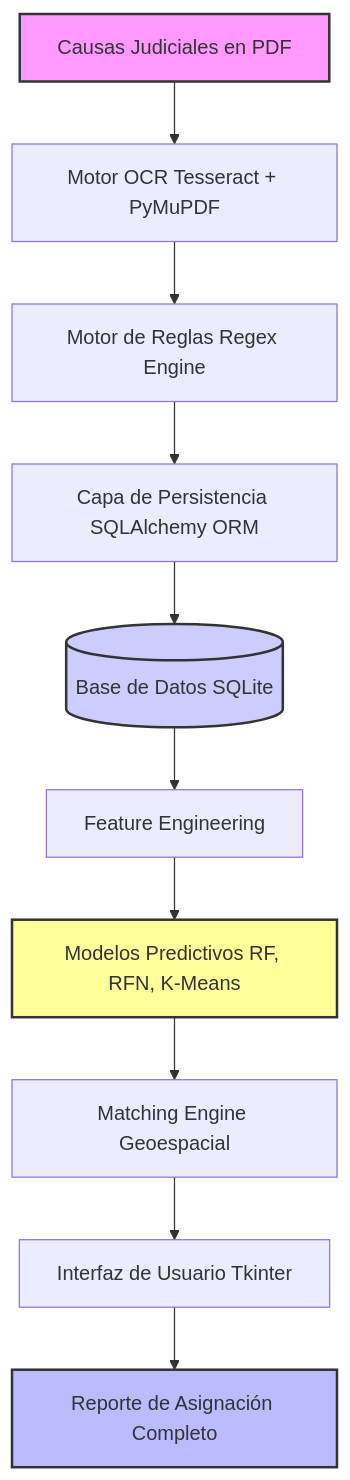
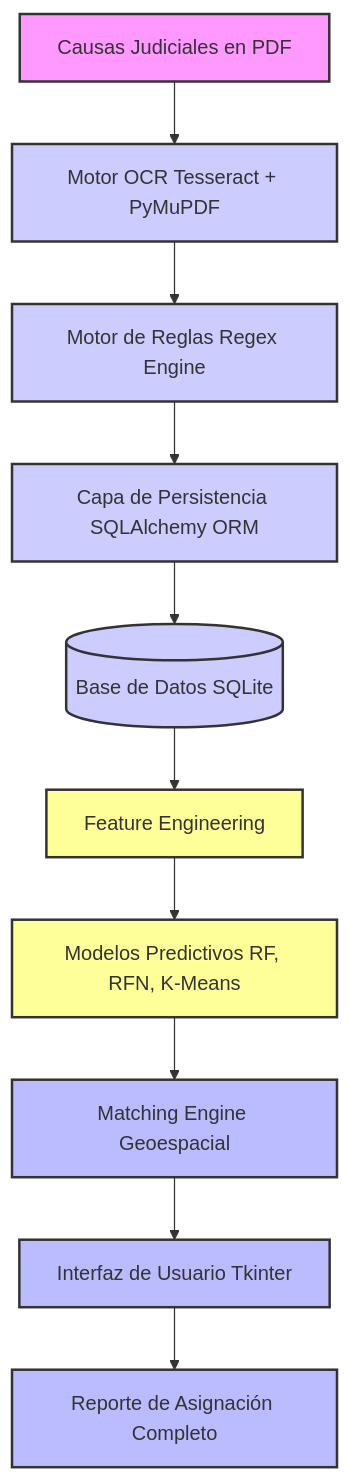
The diagram in README.md (Bastian-SotoM/legal-document-etl-pipeline), drawn with Mermaid before and after one commit.

````diff
--- a/README.md
+++ b/README.md
@@ -53,28 +53,34 @@
 ```mermaid
 graph TD
     PDF[Causas Judiciales en PDF]
     OCR[Motor OCR Tesseract + PyMuPDF]
     Regex[Motor de Reglas Regex Engine]
     ORM[Capa de Persistencia SQLAlchemy ORM]
     DB[(Base de Datos SQLite)]
     FE[Feature Engineering]
     ML[Modelos Predictivos RF, RFN, K-Means]
     Match[Matching Engine Geoespacial]
     App[Interfaz de Usuario Tkinter]
     Reporte[Reporte de Asignación Completo]
 
     PDF --> OCR
     OCR --> Regex
     Regex --> ORM
     ORM --> DB
     DB --> FE
     FE --> ML
     ML --> Match
     Match --> App
     App --> Reporte
 
-    style PDF fill:#f9f,stroke:#333,stroke-width:2px
-    style DB fill:#ccf,stroke:#333,stroke-width:2px
-    style ML fill:#ff9,stroke:#333,stroke-width:2px
-    style Reporte fill:#bbf,stroke:#333,stroke-width:2px
+%% Estilos
+    classDef fuente fill:#f9f,stroke:#333,stroke-width:2px;
+    classDef proceso fill:#ccf,stroke:#333,stroke-width:2px;
+    classDef analitica fill:#ff9,stroke:#333,stroke-width:2px;
+    classDef salida fill:#bbf,stroke:#333,stroke-width:2px;
+
+    class PDF fuente;
+    class OCR,Regex,ORM,DB proceso;
+    class FE,ML analitica;
+    class Match,App,Reporte salida;
 ```
````
